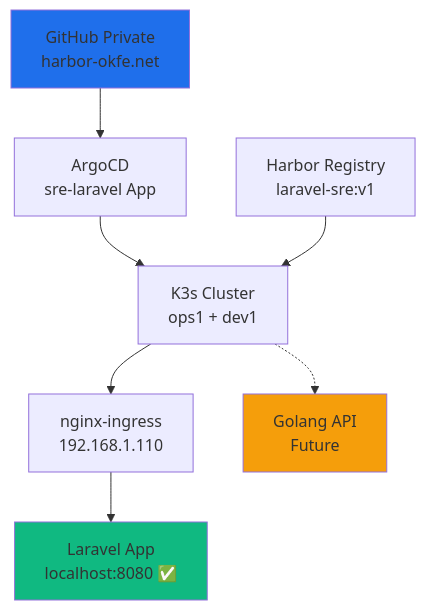
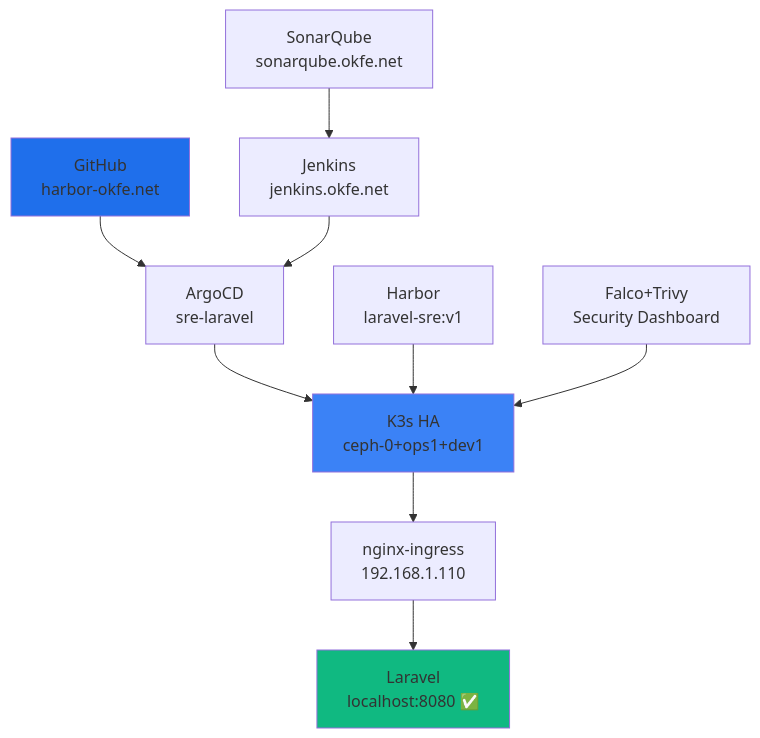
One commit to matahariku/matahariku changed the first of 2 diagrams in README.md. Above: the diagram before and after it, drawn with Mermaid. The commit also changed other lines of this file, not shown here.

````diff
--- a/README.md
+++ b/README.md
@@ -71,13 +82,16 @@
 ```mermaid
 flowchart TD
-    A[GitHub Private<br/>harbor-okfe.net] --> B[ArgoCD<br/>sre-laravel App]
-    B --> C[K3s Cluster<br/>ops1 + dev1]
-    D[Harbor Registry<br/>laravel-sre:v1] --> C
+    A[GitHub<br/>harbor-okfe.net] --> B[ArgoCD<br/>sre-laravel]
+    B --> C[K3s HA<br/>ceph-0+ops1+dev1]
+    D[Harbor<br/>laravel-sre:v1] --> C
     C --> E[nginx-ingress<br/>192.168.1.110]
-    E --> F[Laravel App<br/>localhost:8080 ✅]
-    C -.-> G[Golang API<br/>Future]
+    E --> F[Laravel<br/>localhost:8080 ✅]
+    
+    G[Jenkins<br/>jenkins.okfe.net] --> B
+    H[SonarQube<br/>sonarqube.okfe.net] --> G
+    I[Falco+Trivy<br/>Security Dashboard] --> C
     
     style A fill:#1f6feb
     style F fill:#10b981
-    style G fill:#f59e0b
+    style C fill:#3b82f6
 ```
````
